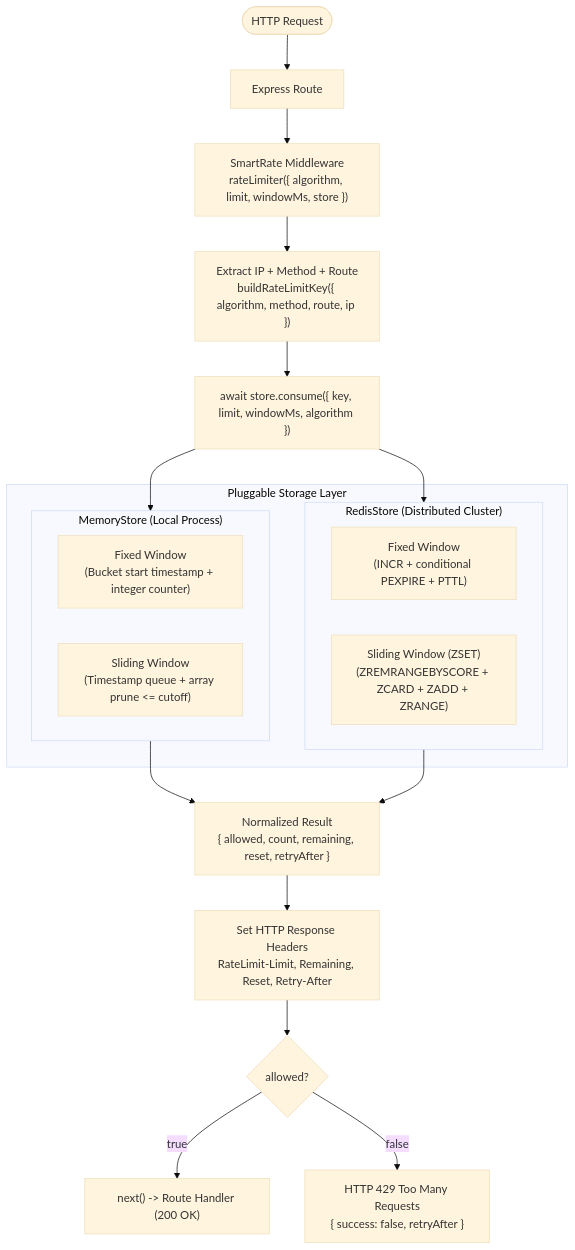
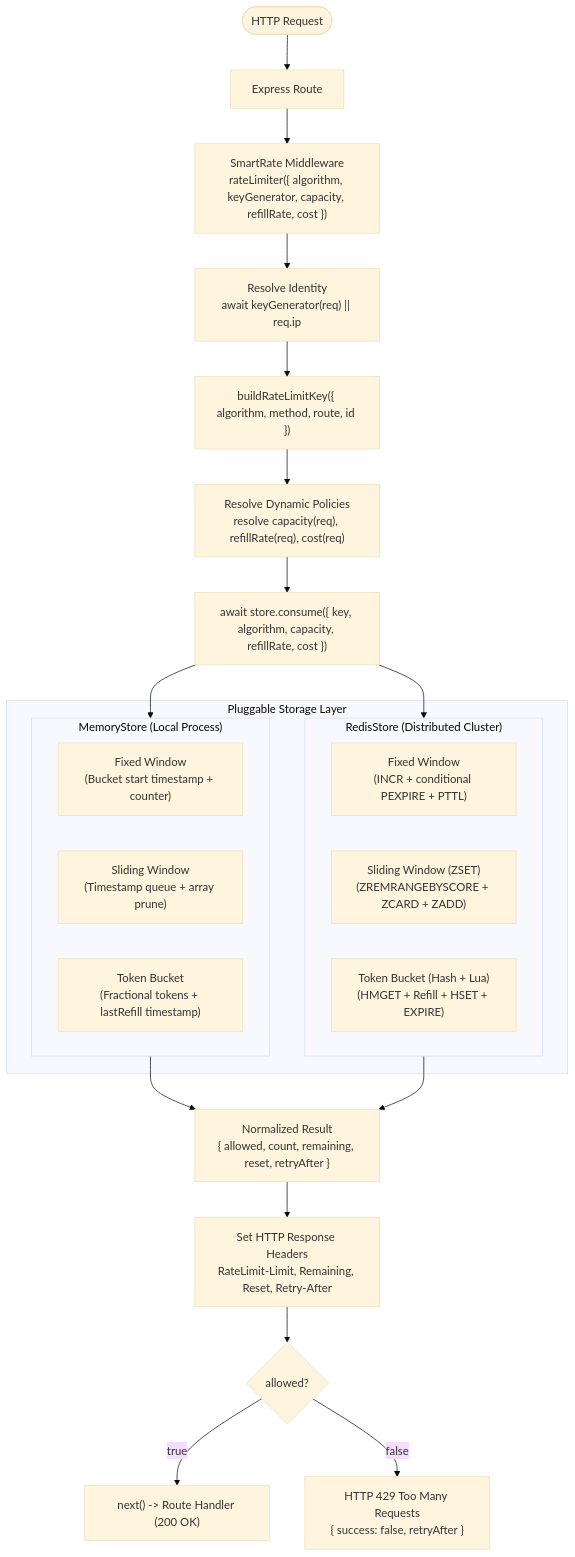
One commit to Anivesh91/LimitForge changed the diagram in README.md. Above: the diagram before and after it, drawn with Mermaid (base theme). The commit also changed other lines of this file and 4 other files, not shown here.

Commit message:
add tier-based dynamic policies and saas demo

````diff
--- a/README.md
+++ b/README.md
@@ -83,30 +90,34 @@
 ```mermaid
 flowchart TD
     Req([HTTP Request]) --> Router[Express Route]
-    Router --> Middleware["SmartRate Middleware<br/>rateLimiter({ algorithm, limit, windowMs, store })"]
-    Middleware --> KeyGen["Extract IP + Method + Route<br/>buildRateLimitKey({ algorithm, method, route, ip })"]
-    KeyGen --> StoreConsume["await store.consume({ key, limit, windowMs, algorithm })"]
+    Router --> Middleware["SmartRate Middleware<br/>rateLimiter({ algorithm, keyGenerator, capacity, refillRate, cost })"]
+    Middleware --> KeyGen["Resolve Identity<br/>await keyGenerator(req) || req.ip"]
+    KeyGen --> BuildKey["buildRateLimitKey({ algorithm, method, route, id })"]
+    BuildKey --> DynamicEval["Resolve Dynamic Policies<br/>resolve capacity(req), refillRate(req), cost(req)"]
+    DynamicEval --> StoreConsume["await store.consume({ key, algorithm, capacity, refillRate, cost })"]
 
     subgraph StoreEngines ["Pluggable Storage Layer"]
         subgraph MemoryStore ["MemoryStore (Local Process)"]
-            M_FW["Fixed Window<br/>(Bucket start timestamp + integer counter)"]
-            M_SW["Sliding Window<br/>(Timestamp queue + array prune <= cutoff)"]
+            M_FW["Fixed Window<br/>(Bucket start timestamp + counter)"]
+            M_SW["Sliding Window<br/>(Timestamp queue + array prune)"]
+            M_TB["Token Bucket<br/>(Fractional tokens + lastRefill timestamp)"]
         end
 
         subgraph RedisStore ["RedisStore (Distributed Cluster)"]
             R_FW["Fixed Window<br/>(INCR + conditional PEXPIRE + PTTL)"]
-            R_SW["Sliding Window (ZSET)<br/>(ZREMRANGEBYSCORE + ZCARD + ZADD + ZRANGE)"]
+            R_SW["Sliding Window (ZSET)<br/>(ZREMRANGEBYSCORE + ZCARD + ZADD)"]
+            R_TB["Token Bucket (Hash + Lua)<br/>(HMGET + Refill + HSET + EXPIRE)"]
         end
     end
 
     StoreConsume --> MemoryStore
     StoreConsume --> RedisStore
 
     MemoryStore --> Result["Normalized Result<br/>{ allowed, count, remaining, reset, retryAfter }"]
     RedisStore --> Result
 
     Result --> SetHeaders["Set HTTP Response Headers<br/>RateLimit-Limit, Remaining, Reset, Retry-After"]
     SetHeaders --> Decision{"allowed?"}
     Decision -->|"true"| Next["next() -> Route Handler (200 OK)"]
     Decision -->|"false"| Block["HTTP 429 Too Many Requests<br/>{ success: false, retryAfter }"]
 ```
````
